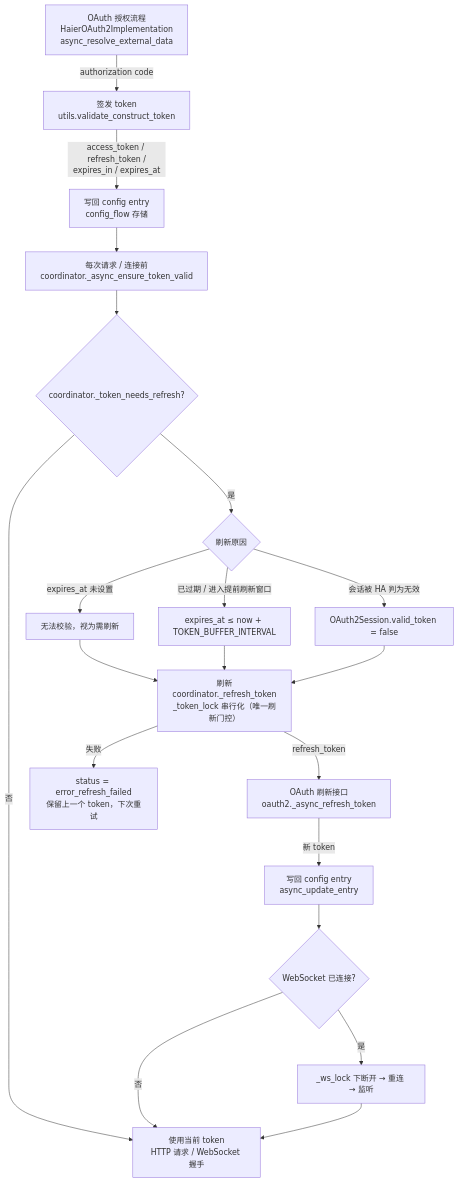
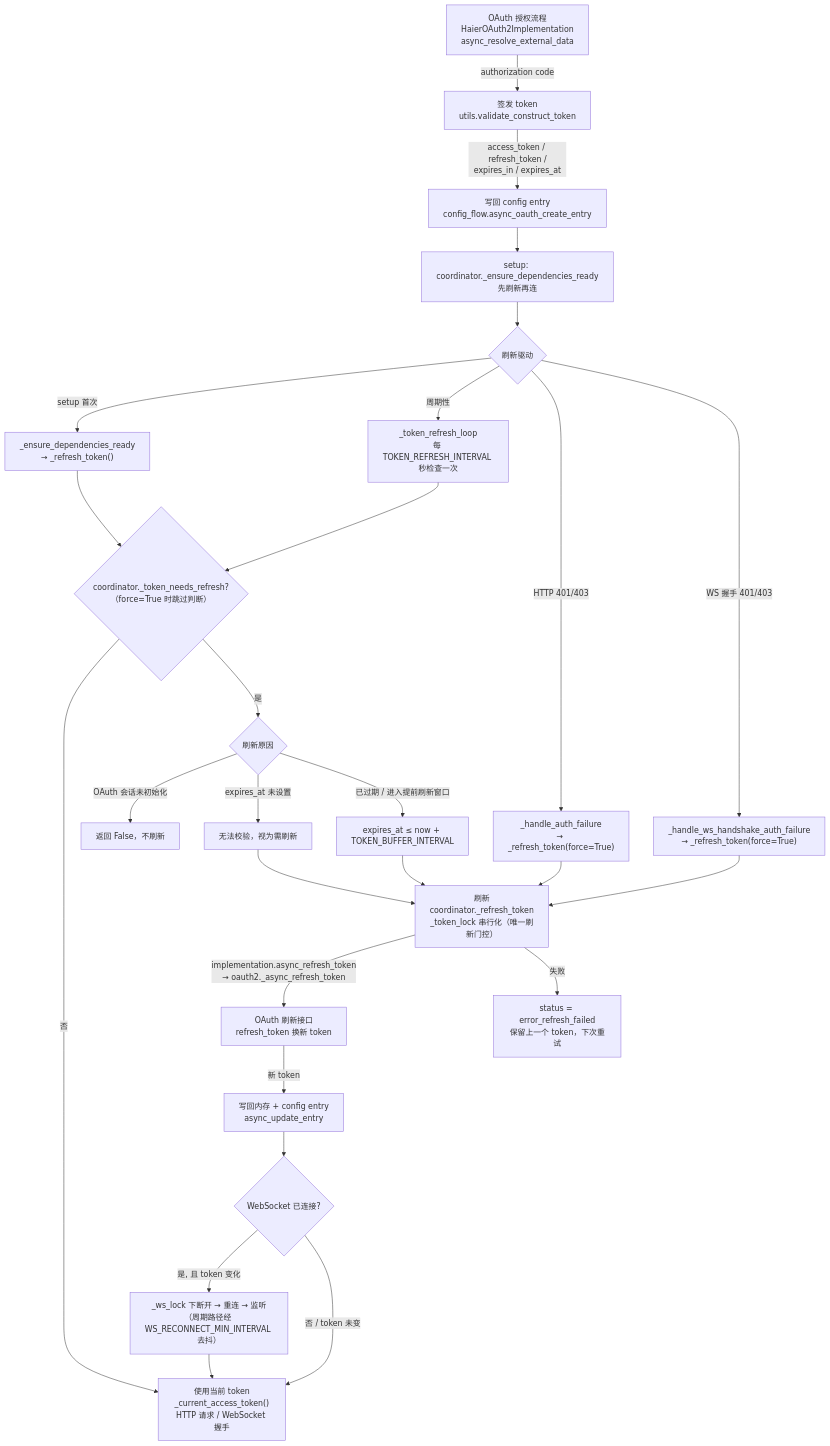
One commit to haier-ha/ha_haier_home changed the diagram in docs/token-lifecycle.md. Above: the diagram before and after it, drawn with Mermaid. The commit also changed other lines of this file and 2 other files, not shown here.

Commit message:
feat: 1. add github action support 2. update token file

````diff
--- a/docs/token-lifecycle.md
+++ b/docs/token-lifecycle.md
@@ -9,22 +9,29 @@
 ```mermaid
 flowchart TD
     A["OAuth 授权流程<br/>HaierOAuth2Implementation<br/>async_resolve_external_data"] -->|authorization code| B["签发 token<br/>utils.validate_construct_token"]
-    B -->|access_token / refresh_token /<br/>expires_in / expires_at| C["写回 config entry<br/>config_flow 存储"]
-    C --> D["每次请求 / 连接前<br/>coordinator._async_ensure_token_valid"]
-    D --> E{"coordinator._token_needs_refresh?"}
-    E -->|否| F["使用当前 token<br/>HTTP 请求 / WebSocket 握手"]
+    B -->|access_token / refresh_token /<br/>expires_in / expires_at| C["写回 config entry<br/>config_flow.async_oauth_create_entry"]
+    C --> S["setup: coordinator._ensure_dependencies_ready<br/>先刷新再连"]
+    S --> D{"刷新驱动"}
+    D -->|setup 首次| D1["_ensure_dependencies_ready<br/>→ _refresh_token()"]
+    D -->|周期性| D2["_token_refresh_loop<br/>每 TOKEN_REFRESH_INTERVAL 秒检查一次"]
+    D -->|HTTP 401/403| D3["_handle_auth_failure<br/>→ _refresh_token(force=True)"]
+    D -->|WS 握手 401/403| D4["_handle_ws_handshake_auth_failure<br/>→ _refresh_token(force=True)"]
+    D1 --> E{"coordinator._token_needs_refresh?<br/>（force=True 时跳过判断）"}
+    D2 --> E
+    D3 --> R
+    D4 --> R
+    E -->|否| F["使用当前 token<br/>_current_access_token()<br/>HTTP 请求 / WebSocket 握手"]
     E -->|是| G{"刷新原因"}
+    G -->|OAuth 会话未初始化| G0["返回 False，不刷新"]
     G -->|expires_at 未设置| G1["无法校验，视为需刷新"]
     G -->|已过期 / 进入提前刷新窗口| G2["expires_at ≤ now + TOKEN_BUFFER_INTERVAL"]
-    G -->|会话被 HA 判为无效| G3["OAuth2Session.valid_token = false"]
     G1 --> R["刷新<br/>coordinator._refresh_token<br/>_token_lock 串行化（唯一刷新门控）"]
     G2 --> R
-    G3 --> R
-    R -->|refresh_token| I["OAuth 刷新接口<br/>oauth2._async_refresh_token"]
-    I -->|新 token| J["写回 config entry<br/>async_update_entry"]
+    R -->|implementation.async_refresh_token<br/>→ oauth2._async_refresh_token| I["OAuth 刷新接口<br/>refresh_token 换新 token"]
+    I -->|新 token| J["写回内存 + config entry<br/>async_update_entry"]
     J --> K{"WebSocket 已连接?"}
-    K -->|是| L["_ws_lock 下断开 → 重连 → 监听"]
-    K -->|否| F
+    K -->|是, 且 token 变化| L["_ws_lock 下断开 → 重连 → 监听<br/>（周期路径经 WS_RECONNECT_MIN_INTERVAL 去抖）"]
+    K -->|否 / token 未变| F
     L --> F
     R -->|失败| M["status = error_refresh_failed<br/>保留上一个 token，下次重试"]
 ```
````
